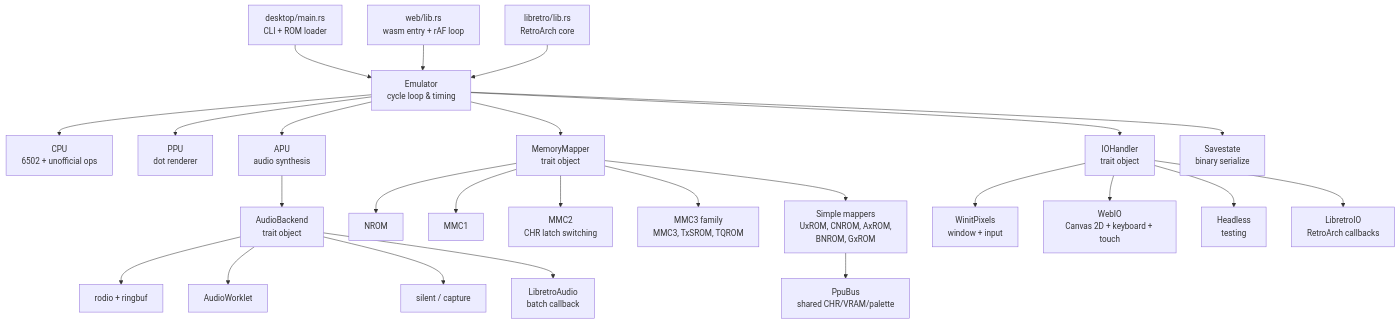
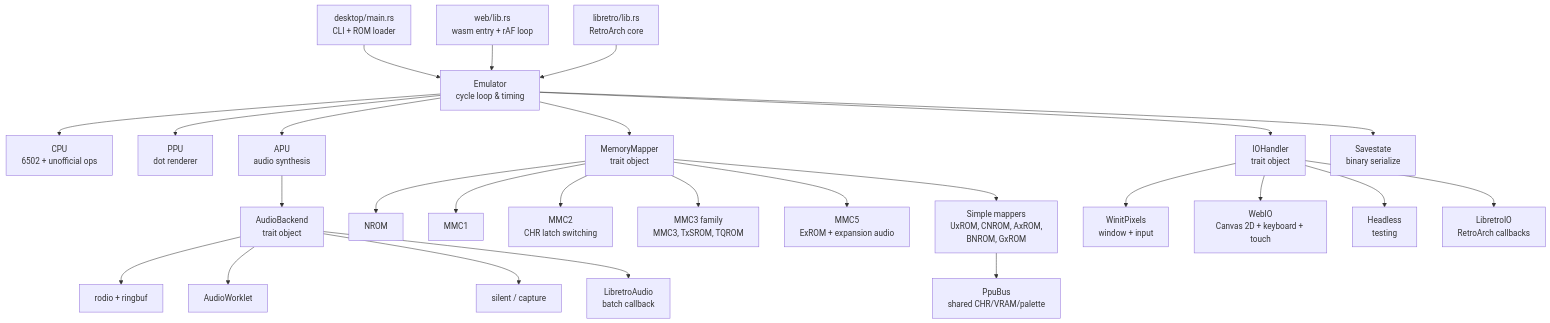
The diagram in README.md (aastrand/krankulator), drawn with Mermaid before and after one commit. The commit also changed other lines of this file and 9 other files, not shown here.

````diff
--- a/README.md
+++ b/README.md
@@ -32,32 +32,33 @@
 ```mermaid
 graph TD
     Main["desktop/main.rs<br/>CLI + ROM loader"] --> Emu["Emulator<br/>cycle loop & timing"]
     Web["web/lib.rs<br/>wasm entry + rAF loop"] --> Emu
     Libretro["libretro/lib.rs<br/>RetroArch core"] --> Emu
 
     Emu --> CPU["CPU<br/>6502 + unofficial ops"]
     Emu --> PPU["PPU<br/>dot renderer"]
     Emu --> APU["APU<br/>audio synthesis"]
     Emu --> Mem["MemoryMapper<br/>trait object"]
 
     Mem --> NROM
     Mem --> MMC1
     Mem --> MMC2["MMC2<br/>CHR latch switching"]
     Mem --> MMC3["MMC3 family<br/>MMC3, TxSROM, TQROM"]
+    Mem --> MMC5["MMC5<br/>ExROM + expansion audio"]
     Mem --> Simple["Simple mappers<br/>UxROM, CNROM, AxROM,<br/>BNROM, GxROM"]
     Simple --> PpuBus["PpuBus<br/>shared CHR/VRAM/palette"]
 
     Emu --> IO["IOHandler<br/>trait object"]
     IO --> Winit["WinitPixels<br/>window + input"]
     IO --> WebIO["WebIO<br/>Canvas 2D + keyboard + touch"]
     IO --> Headless["Headless<br/>testing"]
     IO --> LibretroIO["LibretroIO<br/>RetroArch callbacks"]
 
     APU --> Audio["AudioBackend<br/>trait object"]
     Audio --> Rodio["rodio + ringbuf"]
     Audio --> Worklet["AudioWorklet"]
     Audio --> Silent["silent / capture"]
     Audio --> LibretroAudio["LibretroAudio<br/>batch callback"]
 
     Emu --> SS["Savestate<br/>binary serialize"]
 ```
````
